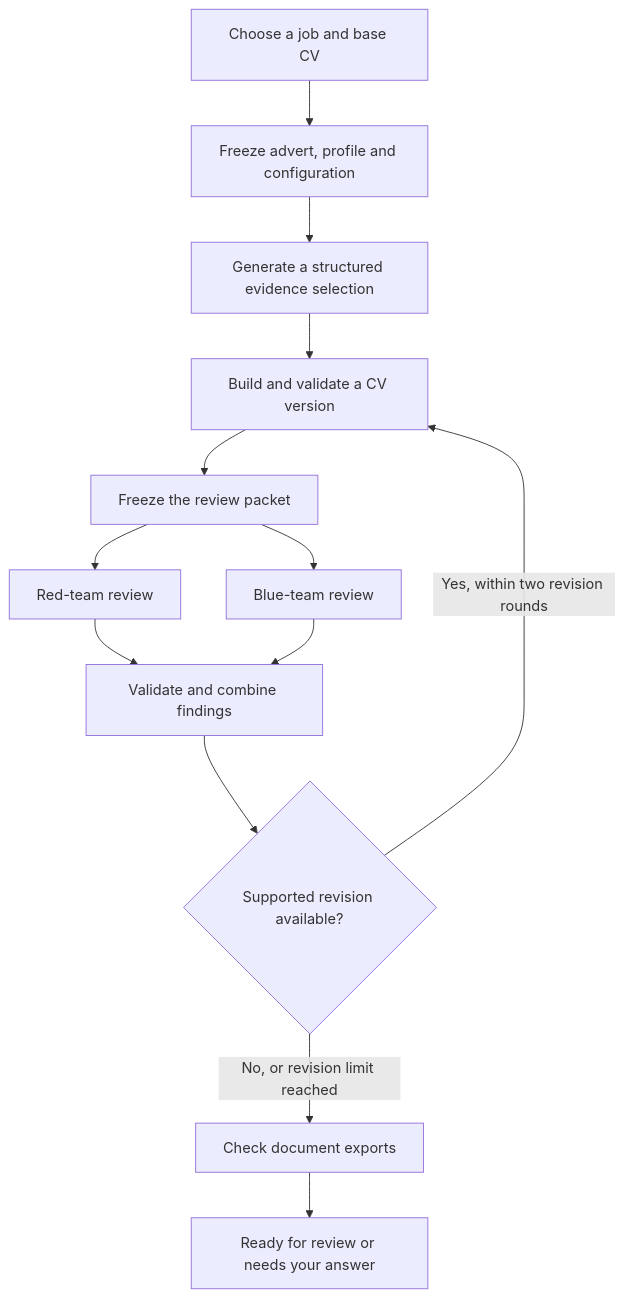
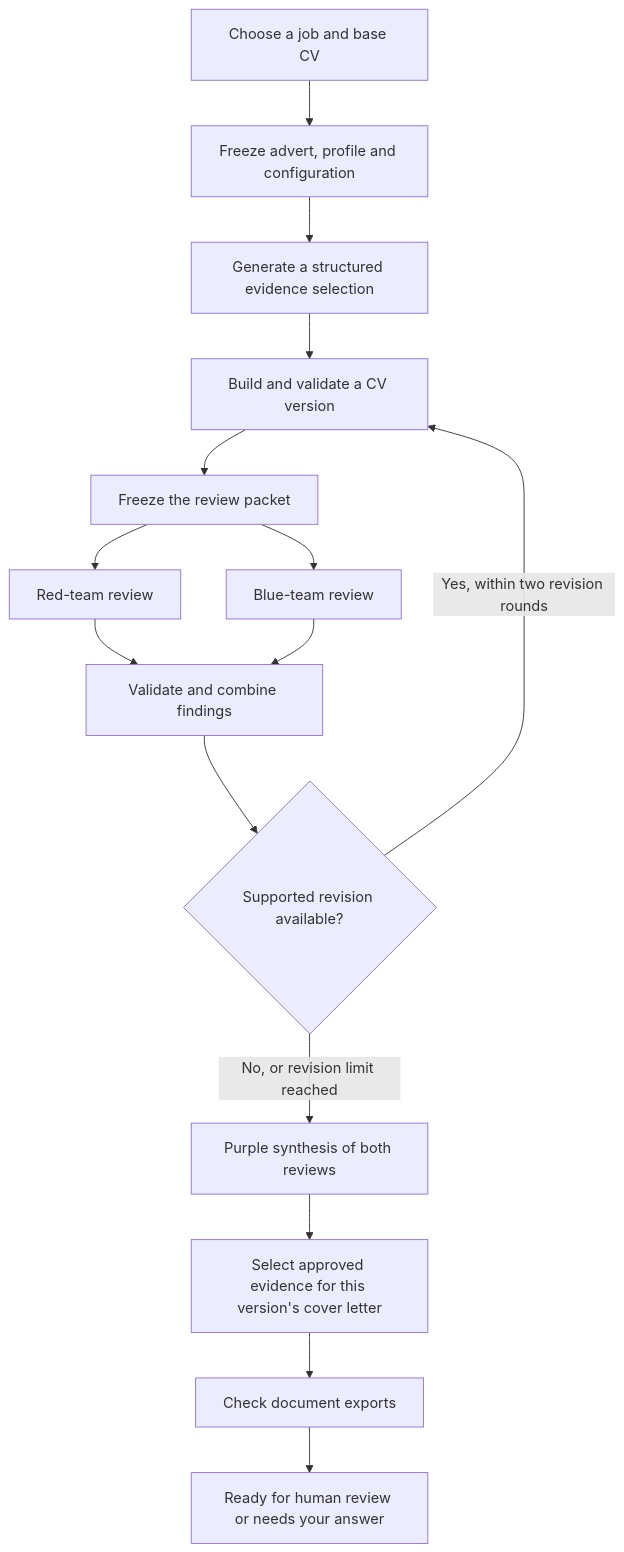
The diagram in README.md (retinapeg/careerops-ai), drawn with Mermaid before and after one commit. The commit also changed other lines of this file and 17 other files, not shown here.

Commit message:
Repair job discovery and simplify application preparation with purple review

````diff
--- a/README.md
+++ b/README.md
@@ -17,15 +17,17 @@
 ```mermaid
 flowchart TD
     A[Choose a job and base CV] --> B[Freeze advert, profile and configuration]
     B --> C[Generate a structured evidence selection]
     C --> D[Build and validate a CV version]
     D --> E[Freeze the review packet]
     E --> R[Red-team review]
     E --> U[Blue-team review]
     R --> F[Validate and combine findings]
     U --> F
     F --> G{Supported revision available?}
     G -->|Yes, within two revision rounds| D
-    G -->|No, or revision limit reached| H[Check document exports]
-    H --> I[Ready for review or needs your answer]
+    G -->|No, or revision limit reached| P[Purple synthesis of both reviews]
+    P --> L[Select approved evidence for this version's cover letter]
+    L --> H[Check document exports]
+    H --> I[Ready for human review or needs your answer]
 ```
````
